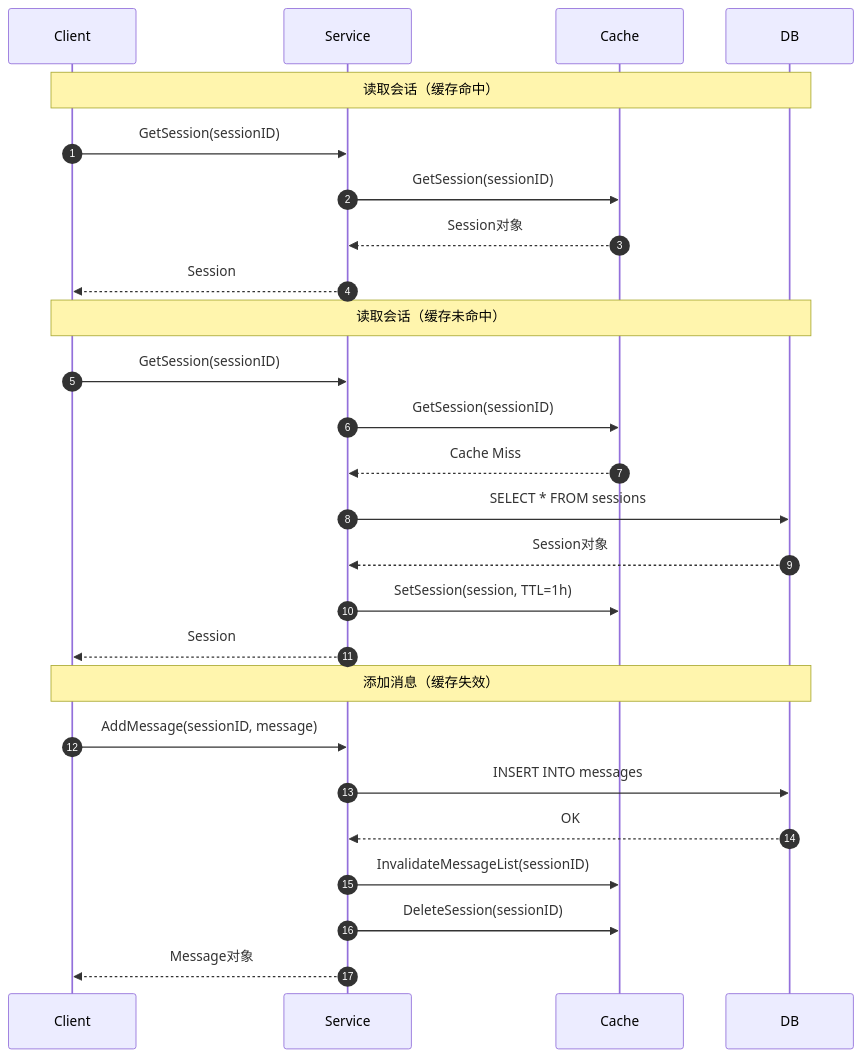
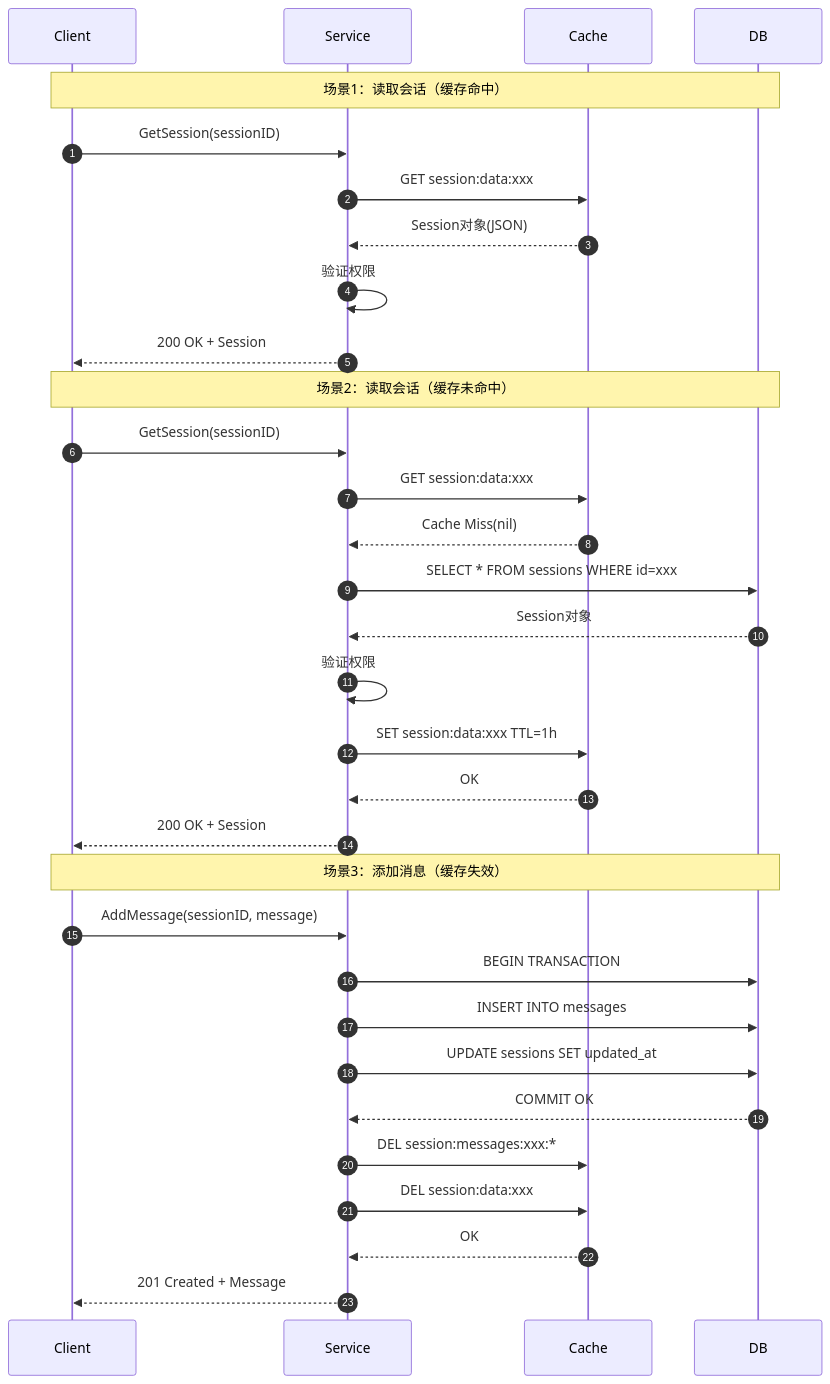
One commit to haoyunlt/myblog changed the fourth of 9 diagrams in content/posts/VoiceHelper-04-Session会话服务.md. Above: the diagram before and after it, drawn with Mermaid. The commit also changed other lines of this file and 13 other files, not shown here.

````diff
--- a/content/posts/VoiceHelper-04-Session会话服务.md
+++ b/content/posts/VoiceHelper-04-Session会话服务.md
@@ -79,31 +275,37 @@
 ```mermaid
 sequenceDiagram
     autonumber
     participant Client
     participant Service
     participant Cache
     participant DB
     
-    Note over Client,DB: 读取会话（缓存命中）
+    Note over Client,DB: 场景1：读取会话（缓存命中）
     Client->>Service: GetSession(sessionID)
-    Service->>Cache: GetSession(sessionID)
-    Cache-->>Service: Session对象
-    Service-->>Client: Session
+    Service->>Cache: GET session:data:xxx
+    Cache-->>Service: Session对象(JSON)
+    Service->>Service: 验证权限
+    Service-->>Client: 200 OK + Session
     
-    Note over Client,DB: 读取会话（缓存未命中）
+    Note over Client,DB: 场景2：读取会话（缓存未命中）
     Client->>Service: GetSession(sessionID)
-    Service->>Cache: GetSession(sessionID)
-    Cache-->>Service: Cache Miss
-    Service->>DB: SELECT * FROM sessions
+    Service->>Cache: GET session:data:xxx
+    Cache-->>Service: Cache Miss(nil)
+    Service->>DB: SELECT * FROM sessions WHERE id=xxx
     DB-->>Service: Session对象
-    Service->>Cache: SetSession(session, TTL=1h)
-    Service-->>Client: Session
+    Service->>Service: 验证权限
+    Service->>Cache: SET session:data:xxx TTL=1h
+    Cache-->>Service: OK
+    Service-->>Client: 200 OK + Session
     
-    Note over Client,DB: 添加消息（缓存失效）
+    Note over Client,DB: 场景3：添加消息（缓存失效）
     Client->>Service: AddMessage(sessionID, message)
+    Service->>DB: BEGIN TRANSACTION
     Service->>DB: INSERT INTO messages
-    DB-->>Service: OK
-    Service->>Cache: InvalidateMessageList(sessionID)
-    Service->>Cache: DeleteSession(sessionID)
-    Service-->>Client: Message对象
+    Service->>DB: UPDATE sessions SET updated_at
+    DB-->>Service: COMMIT OK
+    Service->>Cache: DEL session:messages:xxx:*
+    Service->>Cache: DEL session:data:xxx
+    Cache-->>Service: OK
+    Service-->>Client: 201 Created + Message
 ```
````
